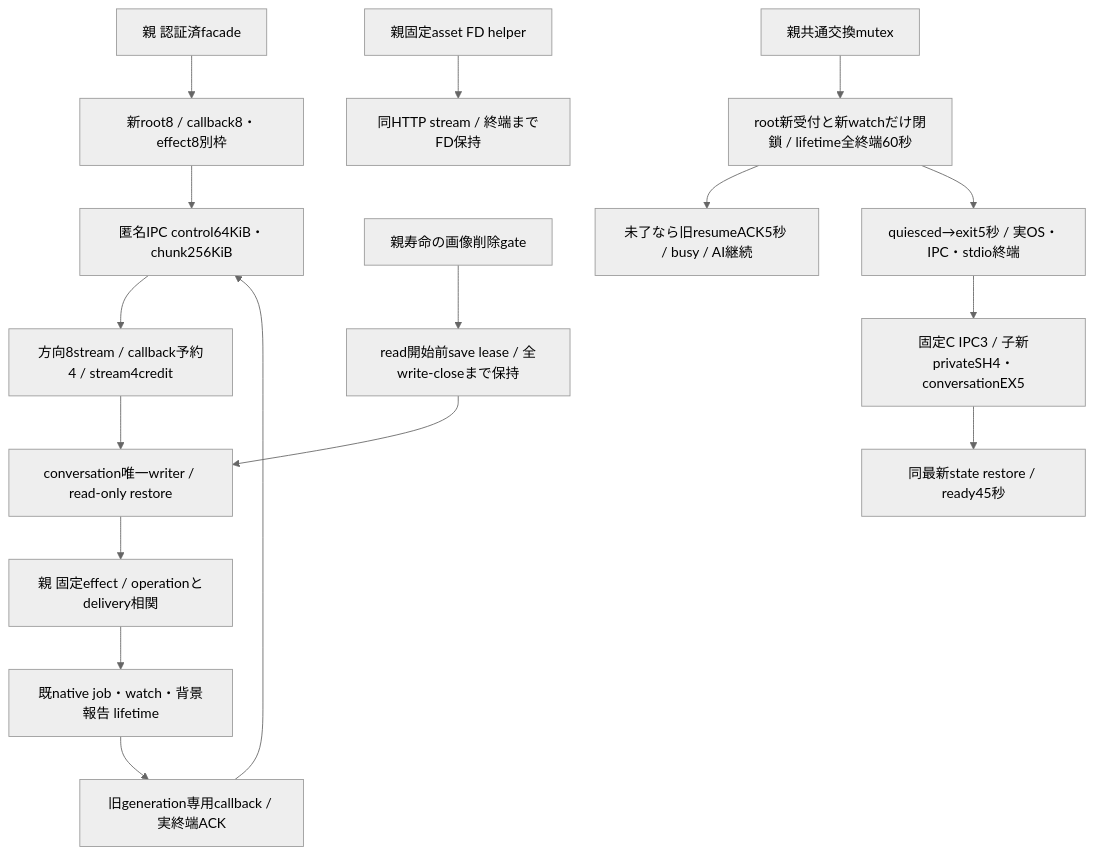
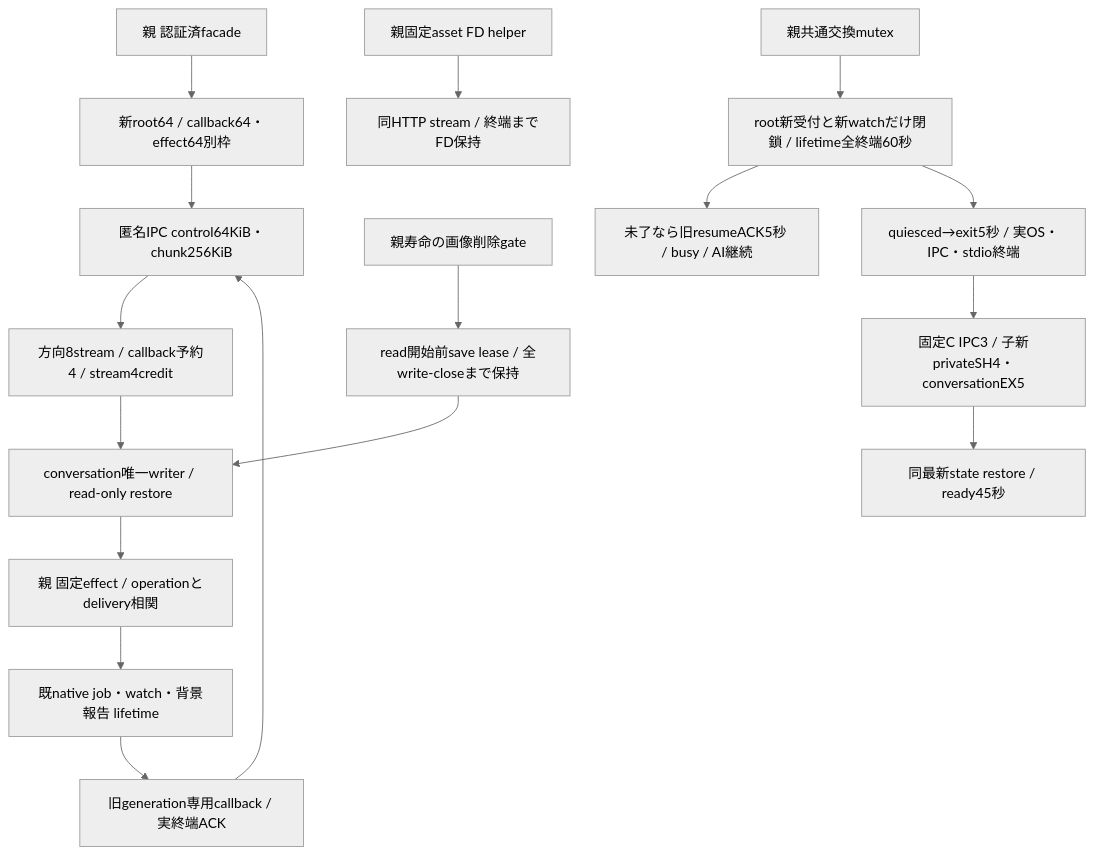
The diagram in docs/architecture/modules/runtime/conversation-process.md (kitepon/BellTeam), drawn with Mermaid (neutral theme) before and after one commit. The commit also changed other lines of this file and 18 other files, not shown here.

````diff
--- a/docs/architecture/modules/runtime/conversation-process.md
+++ b/docs/architecture/modules/runtime/conversation-process.md
@@ -5,19 +5,19 @@
 ```mermaid
 flowchart TD
-  Caller[親 認証済facade] --> Root[新root8 / callback8・effect8別枠]
+  Caller[親 認証済facade] --> Root[新root64 / callback64・effect64別枠]
   Root --> Channel[匿名IPC control64KiB・chunk256KiB]
   Channel --> Credit[方向8stream / callback予約4 / stream4credit]
   Credit --> Child[conversation唯一writer / read-only restore]
   Child --> Effect[親 固定effect / operationとdelivery相関]
   Effect --> Job[既native job・watch・背景報告 lifetime]
   Job --> Callback[旧generation専用callback / 実終端ACK]
   Callback --> Channel
   Gate[親寿命の画像削除gate] --> Save[read開始前save lease / 全write-closeまで保持]
   Save --> Child
   FD[親固定asset FD helper] --> HTTP[同HTTP stream / 終端までFD保持]
   Swap[親共通交換mutex] --> Drain[root新受付と新watchだけ閉鎖 / lifetime全終端60秒]
   Drain --> Resume[未了なら旧resumeACK5秒 / busy / AI継続]
   Drain --> Exit[quiesced→exit5秒 / 実OS・IPC・stdio終端]
   Exit --> C[固定C IPC3 / 子新privateSH4・conversationEX5]
   C --> Ready[同最新state restore / ready45秒]
 ```
````
